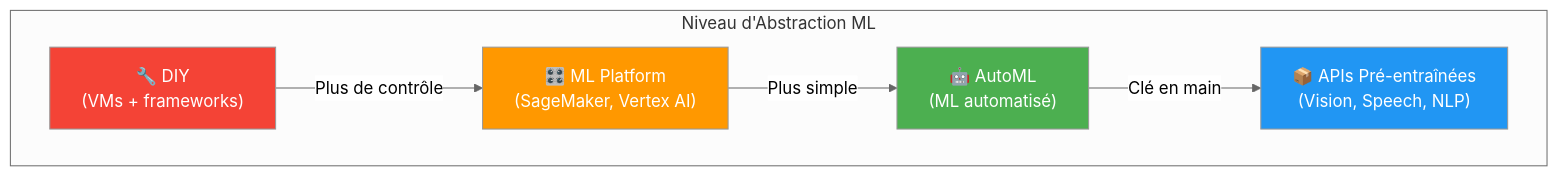
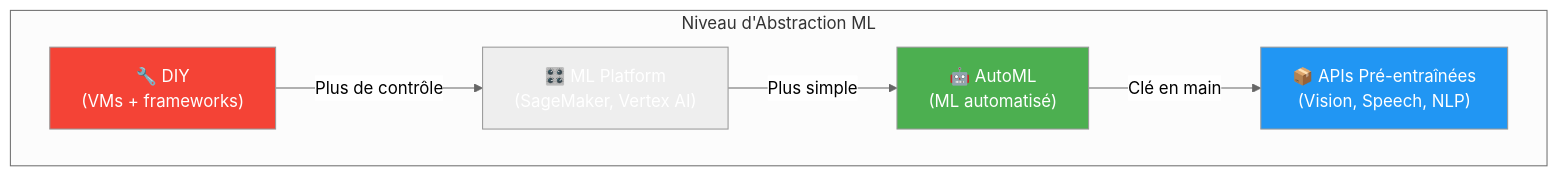
One commit to VBlackJack/ShellBook changed the eighth of 13 diagrams in docs/formations/cloud-fundamentals/10-module.md. Above: the diagram before and after it, drawn with Mermaid (neutral theme). The commit also changed other lines of this file and 337 other files, not shown here.

First line of the commit message:
refactor(docs): Standardize code blocks and Mermaid colors

````diff
--- a/docs/formations/cloud-fundamentals/10-module.md
+++ b/docs/formations/cloud-fundamentals/10-module.md
@@ -273,18 +273,18 @@
 ```mermaid
 graph TB
     subgraph "Niveau d'Abstraction ML"
         DIY["🔧 DIY<br/>(VMs + frameworks)"]
         PLATFORM["🎛️ ML Platform<br/>(SageMaker, Vertex AI)"]
         AUTOML["🤖 AutoML<br/>(ML automatisé)"]
         PREBUILT["📦 APIs Pré-entraînées<br/>(Vision, Speech, NLP)"]
     end
 
     DIY -->|"Plus de contrôle"| PLATFORM
     PLATFORM -->|"Plus simple"| AUTOML
     AUTOML -->|"Clé en main"| PREBUILT
 
     style DIY fill:#f44336,color:#fff
-    style PLATFORM fill:#ff9800,color:#fff
+    style PLATFORM fill:#FF9800800800,color:#fff
     style AUTOML fill:#4caf50,color:#fff
     style PREBUILT fill:#2196f3,color:#fff
 ```
````
